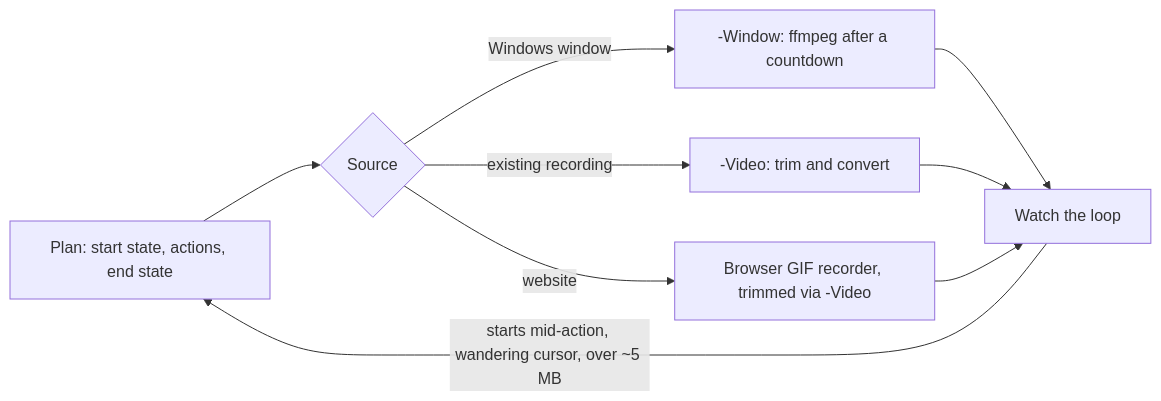
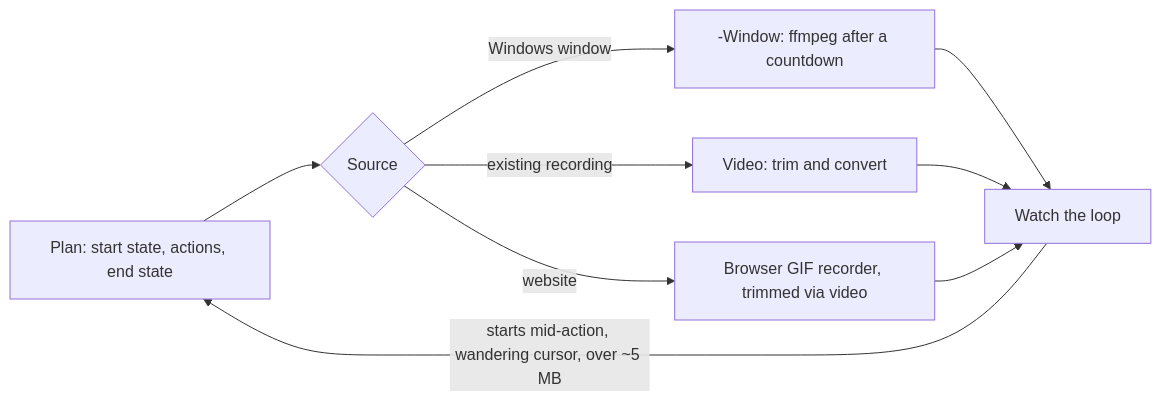
Before and after one commit to an-dr/agents: the diagram in skills/actions/an-dr-files-make-screengif/README.md, drawn with Mermaid. The commit also changed 426 other files, not shown here.

````diff
--- a/skills/actions/an-dr-files-make-screengif/README.md
+++ b/skills/actions/an-dr-files-make-screengif/README.md
@@ -11,11 +11,11 @@
 ```mermaid
 flowchart LR
   P[Plan: start state, actions, end state] --> R{Source}
   R -- Windows window --> W[-Window: ffmpeg after a countdown]
-  R -- existing recording --> V[-Video: trim and convert]
-  R -- website --> C[Browser GIF recorder, trimmed via -Video]
+  R -- existing recording --> V[Video: trim and convert]
+  R -- website --> C[Browser GIF recorder, trimmed via video]
   W --> K[Watch the loop]
   V --> K
   C --> K
   K -- starts mid-action, wandering cursor, over ~5 MB --> P
 ```
````
